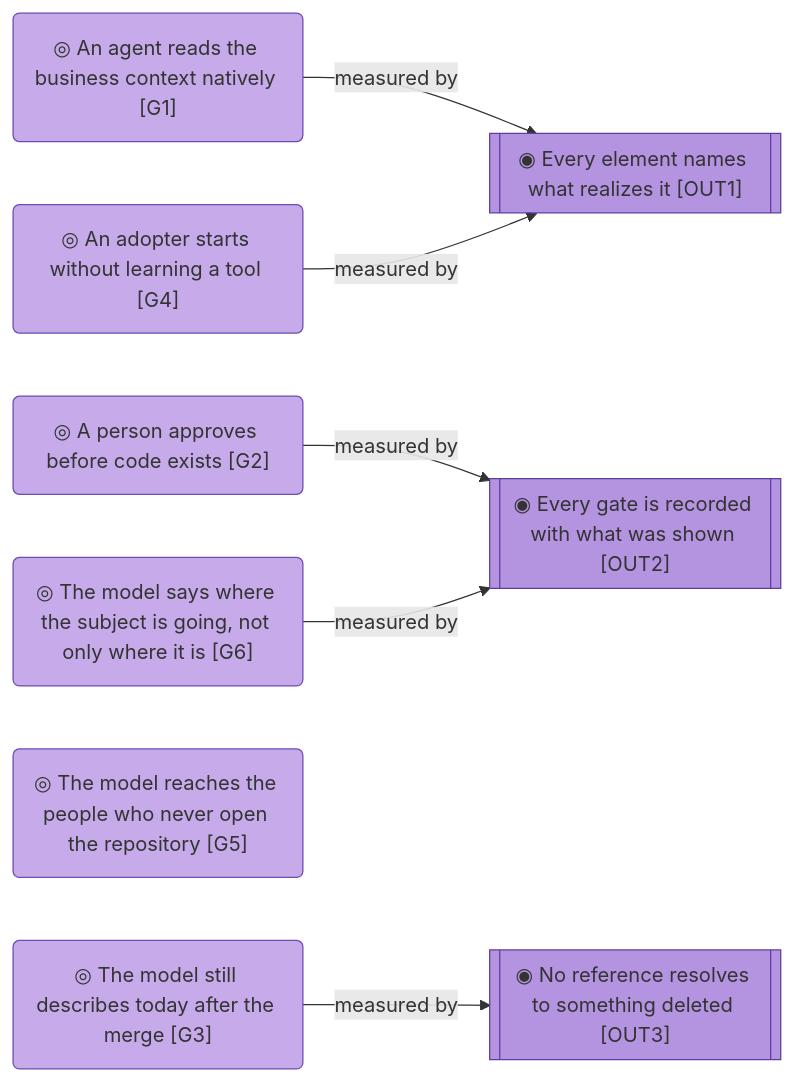
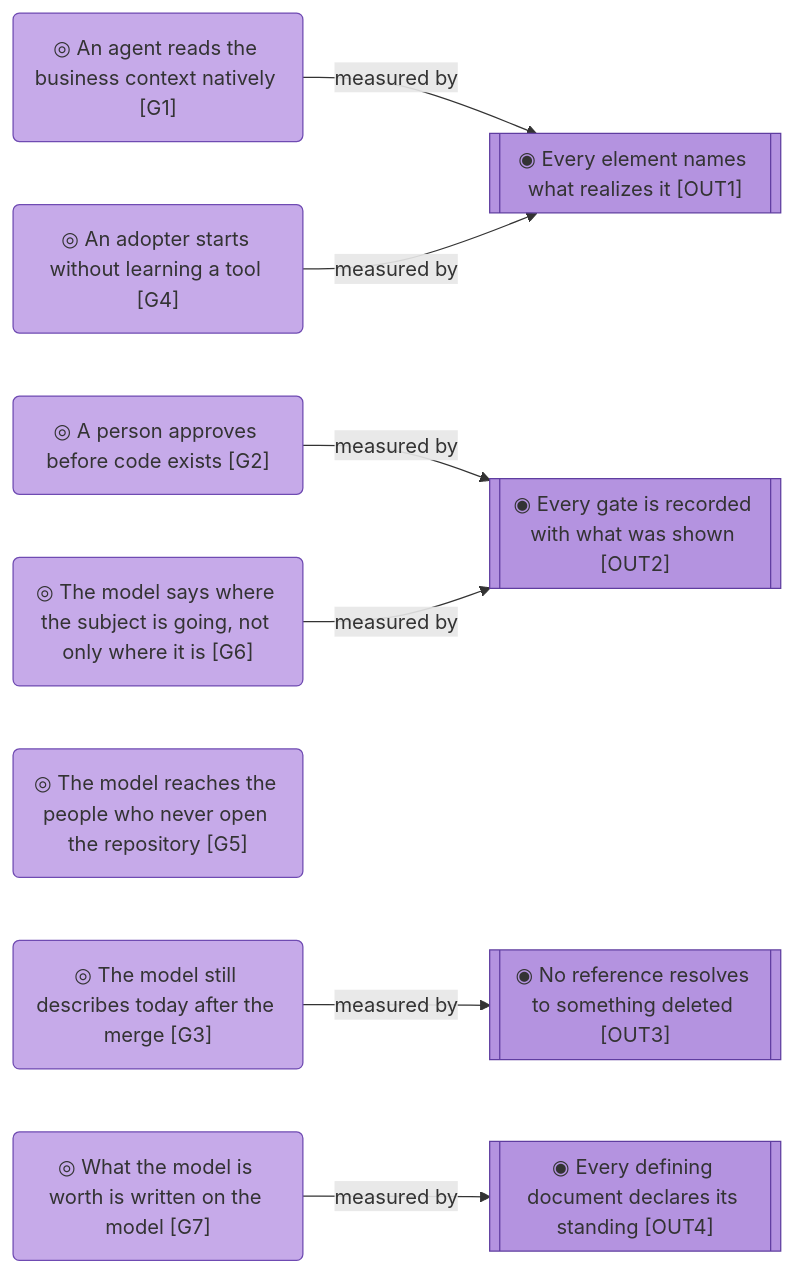
Before and after one commit to roanboc/architecture-archreator: the fourth of 4 diagrams in product-archreator/architecture/1_strategy/1_motivation.md, drawn with Mermaid. The commit also changed other lines of this file and 39 other files, not shown here.

First line of the commit message:
docs: every document in every tree says how far it has been validated

````diff
--- a/product-archreator/architecture/1_strategy/1_motivation.md
+++ b/product-archreator/architecture/1_strategy/1_motivation.md
@@ -134,22 +142,25 @@
 ```mermaid
 flowchart LR
   g1("◎ An agent reads the business context natively [G1]"):::goal
   g2("◎ A person approves before code exists [G2]"):::goal
   g3("◎ The model still describes today after the merge [G3]"):::goal
   g4("◎ An adopter starts without learning a tool [G4]"):::goal
   g5("◎ The model reaches the people who never open the repository [G5]"):::goal
   g6("◎ The model says where the subject is going, not only where it is [G6]"):::goal
+  g7("◎ What the model is worth is written on the model [G7]"):::goal
 
   out1[["◉ Every element names what realizes it [OUT1]"]]:::outcome
   out2[["◉ Every gate is recorded with what was shown [OUT2]"]]:::outcome
   out3[["◉ No reference resolves to something deleted [OUT3]"]]:::outcome
+  out4[["◉ Every defining document declares its standing [OUT4]"]]:::outcome
 
   g1 -->|measured by| out1
   g2 -->|measured by| out2
   g3 -->|measured by| out3
   g4 -->|measured by| out1
   g6 -->|measured by| out2
+  g7 -->|measured by| out4
 
   classDef goal fill:#c6aae9,stroke:#6f4bb2,color:#333
   classDef outcome fill:#b493e0,stroke:#5f3da0,color:#333
 ```
````
